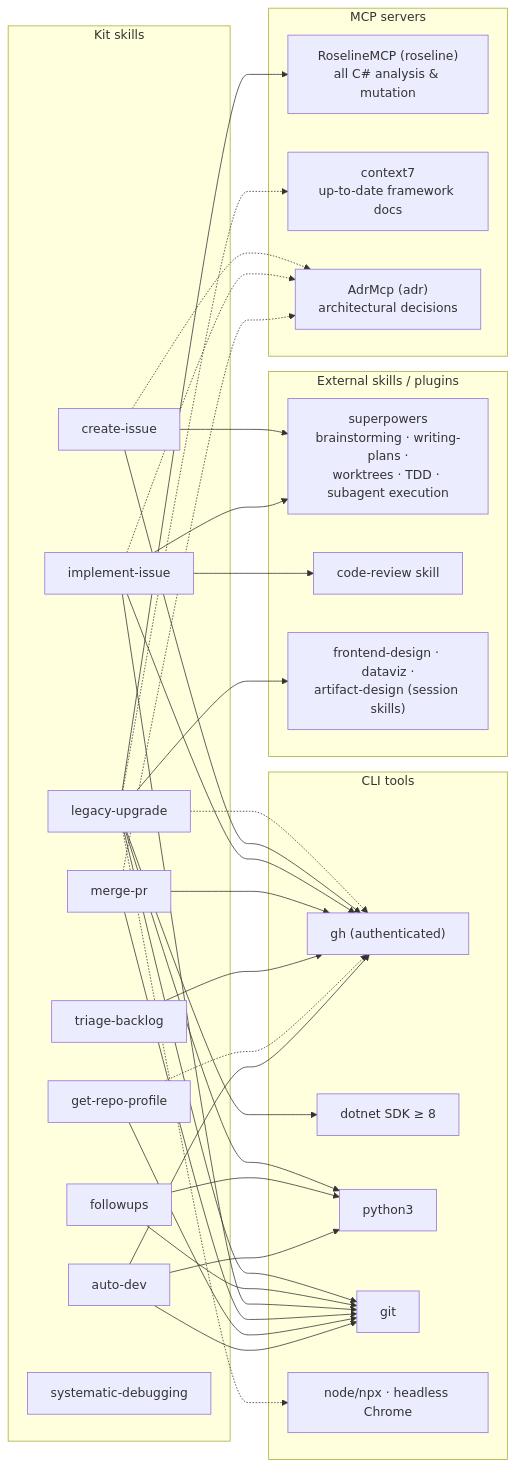
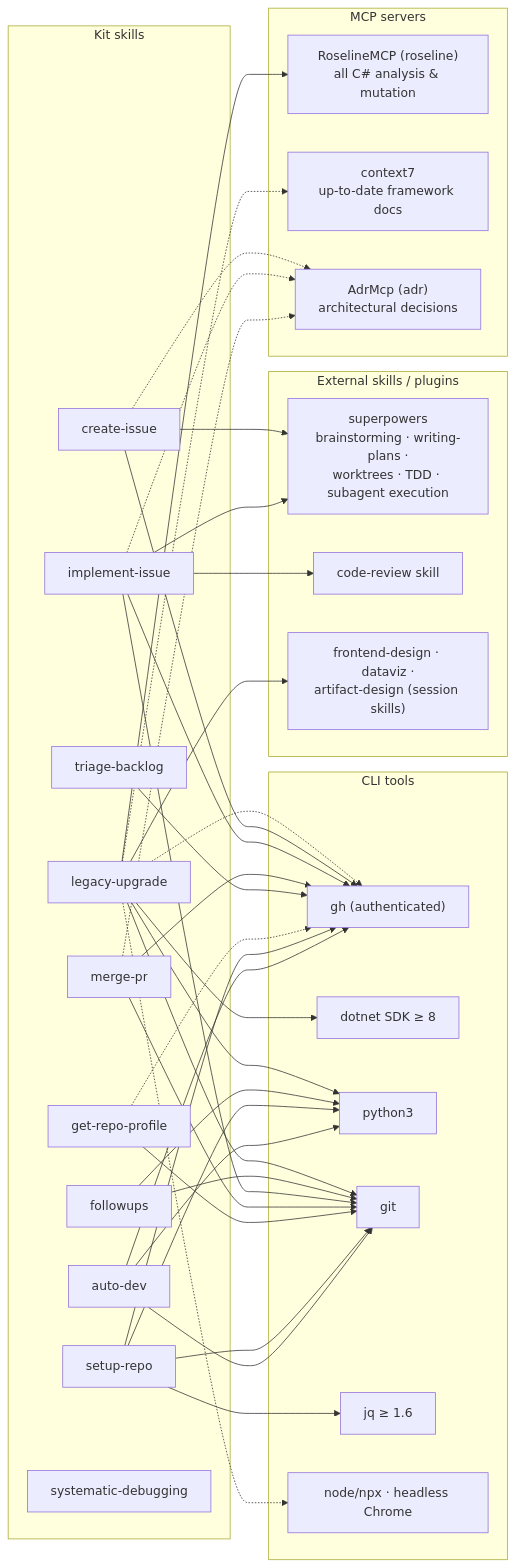
The second of 2 diagrams in ARCHITECTURE.md (phmatray/ai-migration-kit), drawn with Mermaid before and after one commit. The commit also changed other lines of this file, not shown here.

Commit message:
feat(docs): document setup-repo as its own skill in the architecture diagrams (#279)

````diff
--- a/ARCHITECTURE.md
+++ b/ARCHITECTURE.md
@@ -87,69 +89,76 @@
 ```mermaid
 graph LR
     subgraph skills ["Kit skills"]
         LU[legacy-upgrade]
         FU[followups]
         AD[auto-dev]
         CI[create-issue]
         II[implement-issue]
         MP[merge-pr]
         TB[triage-backlog]
         RP[get-repo-profile]
+        SR[setup-repo]
         SD[systematic-debugging]
     end
 
     subgraph mcp ["MCP servers"]
         ROS["RoselineMCP (roseline)<br>all C# analysis & mutation"]
         C7["context7<br>up-to-date framework docs"]
         ADR["AdrMcp (adr)<br>architectural decisions"]
     end
 
     subgraph ext ["External skills / plugins"]
         SP["superpowers<br>brainstorming · writing-plans ·<br>worktrees · TDD · subagent execution"]
         CR["code-review skill"]
         FD["frontend-design · dataviz ·<br>artifact-design (session skills)"]
     end
 
     subgraph tools ["CLI tools"]
         GH["gh (authenticated)"]
         DN["dotnet SDK ≥ 8"]
         PY["python3"]
         GIT["git"]
+        JQ["jq ≥ 1.6"]
         NODE["node/npx · headless Chrome"]
     end
 
     LU --> ROS
     LU --> DN
     LU --> GIT
     LU --> PY
     LU -.-> C7
     LU -.-> GH
     LU -.-> NODE
     LU --> FD
 
     FU --> PY
     FU --> GIT
 
     CI --> GH
     CI --> SP
     CI -.-> ADR
 
     II --> GH
     II --> GIT
     II --> SP
     II --> CR
     II -.-> ADR
 
     MP --> GH
     MP --> GIT
     MP -.-> ADR
 
     TB --> GH
 
     RP --> GIT
     RP -.-> GH
 
+    SR --> GIT
+    SR --> PY
+    SR --> JQ
+    SR --> GH
+
     AD --> GH
     AD --> GIT
     AD --> PY
 ```
````
